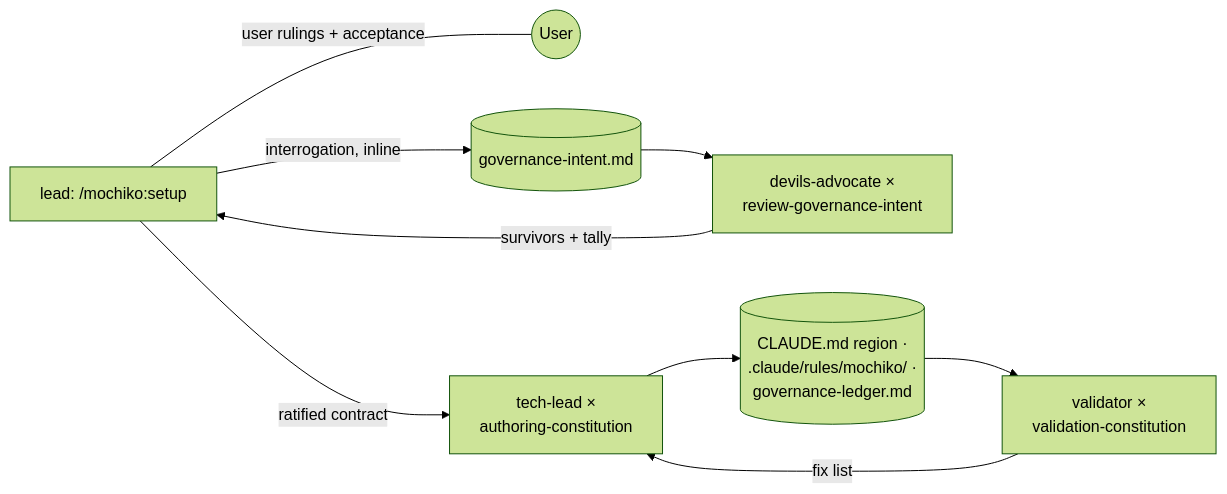
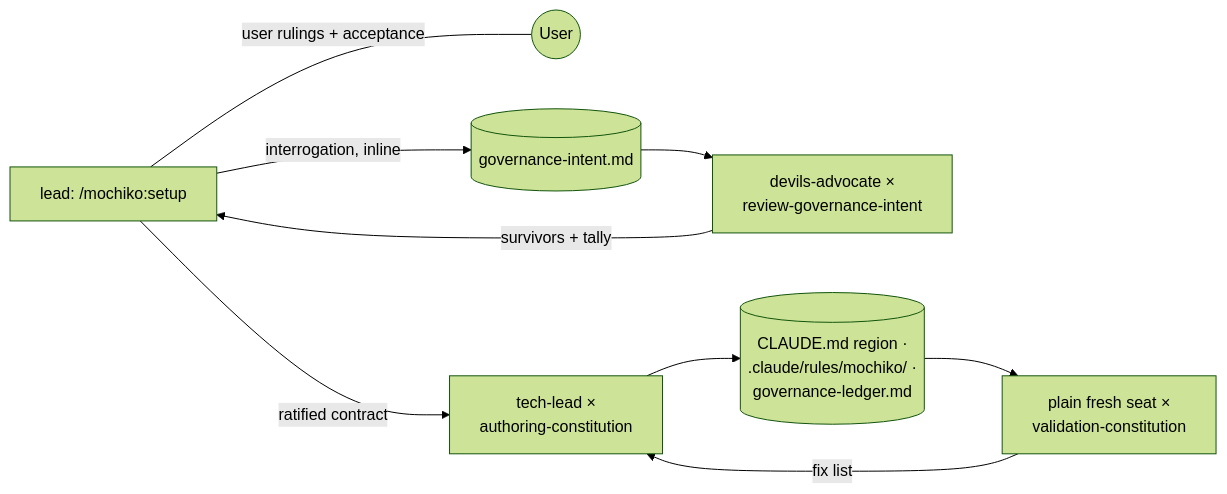
The third of 6 diagrams in ARCHITECTURE.md (humaninloop-dev/mochiko), drawn with Mermaid (forest theme) before and after one commit. The commit also changed other lines of this file and 41 other files, not shown here.

````diff
--- a/ARCHITECTURE.md
+++ b/ARCHITECTURE.md
@@ -137,13 +138,13 @@
 ```mermaid
 flowchart LR
   lead["lead: /mochiko:setup"]
   user(("User"))
   reviewers["devils-advocate ×<br/>review-governance-intent"]
   producer["tech-lead ×<br/>authoring-constitution"]
-  validator["validator ×<br/>validation-constitution"]
+  grader["plain fresh seat ×<br/>validation-constitution"]
   lead -->|"interrogation, inline"| synthesis[("governance-intent.md")]
   synthesis --> reviewers -->|"survivors + tally"| lead
   lead -->|"ratified contract"| producer --> surfaces[("CLAUDE.md region ·<br/>.claude/rules/mochiko/ ·<br/>governance-ledger.md")]
-  surfaces --> validator -->|"fix list"| producer
+  surfaces --> grader -->|"fix list"| producer
   lead ---|"user rulings + acceptance"| user
 ```
````
